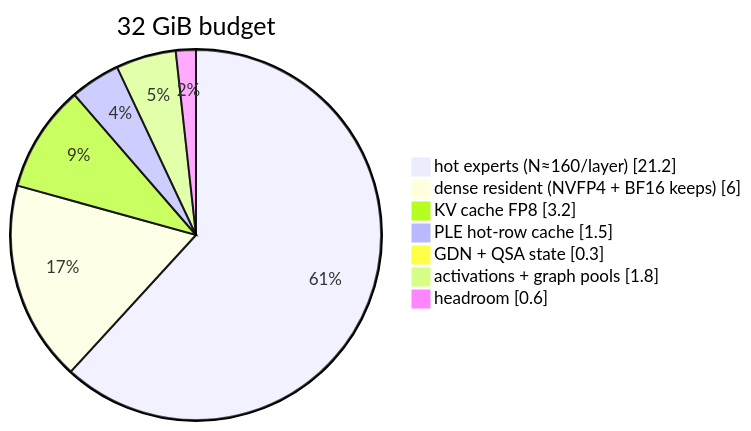
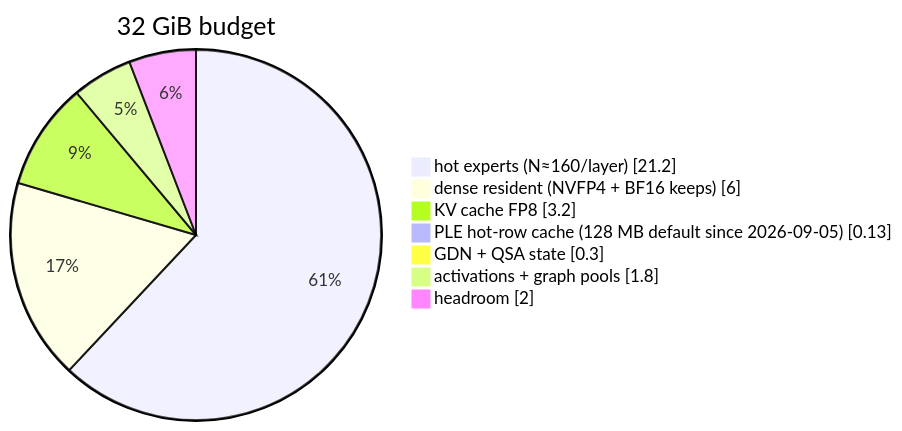
Before and after one commit to nibor1896/crow-nest: the third of 4 diagrams in docs/diagrams.md, drawn with Mermaid. The commit also changed other lines of this file and 15 other files, not shown here.

First line of the commit message:
engine: PLE row-cache batch collision fix (#22), sampling + EOS stop (#20), reload frees + reloadcheck (#18), bundled swaps opt-in (#17), PLE cache default 128 MB (#16), decode parity teacher-forced mode, oracle CROW_PARITY_DIR

````diff
--- a/docs/diagrams.md
+++ b/docs/diagrams.md
@@ -41,10 +52,10 @@
 ```mermaid
 pie showData title 32 GiB budget
     "hot experts (N≈160/layer)" : 21.2
     "dense resident (NVFP4 + BF16 keeps)" : 6.0
     "KV cache FP8" : 3.2
-    "PLE hot-row cache" : 1.5
+    "PLE hot-row cache (128 MB default since 2026-09-05)" : 0.13
     "GDN + QSA state" : 0.3
     "activations + graph pools" : 1.8
-    "headroom" : 0.6
+    "headroom" : 2.0
 ```
````
